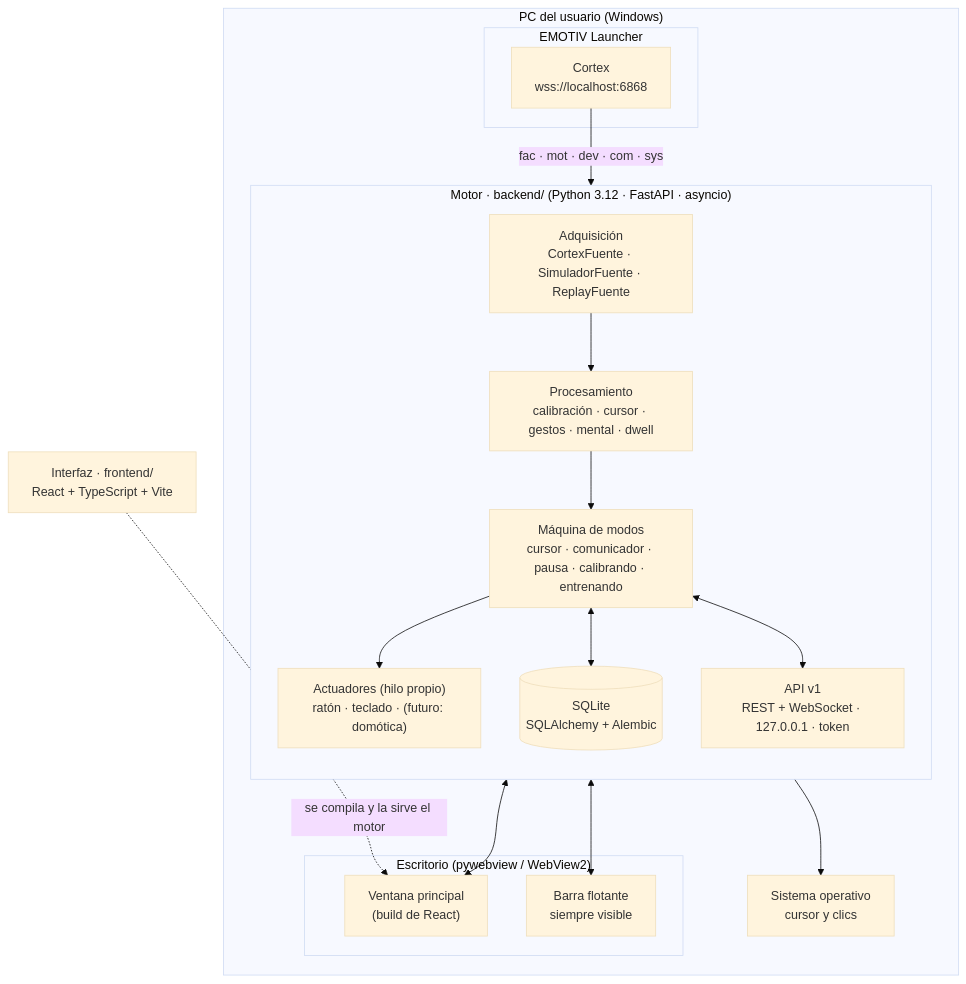
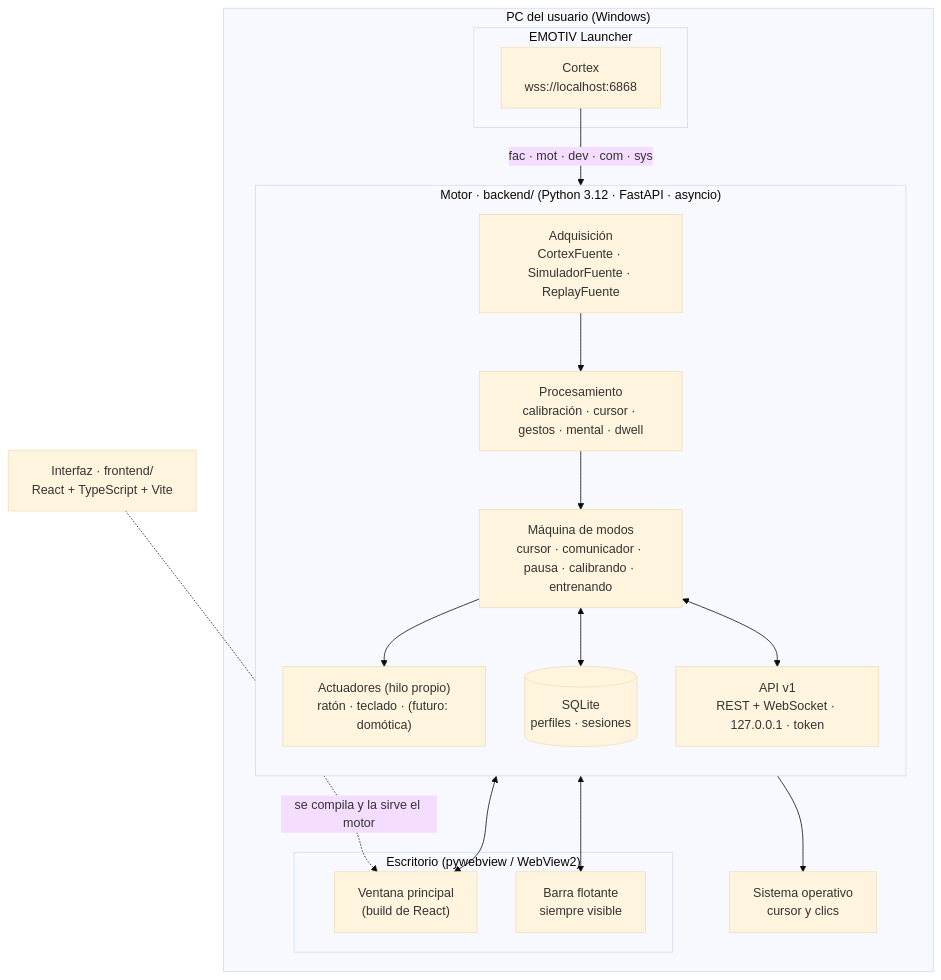
Before and after one commit to SantiagoMarquez06/neuroacceso: the first of 2 diagrams in docs/arquitectura-sistema.md, drawn with Mermaid (base theme). The commit also changed other lines of this file and 39 other files, not shown here.

````diff
--- a/docs/arquitectura-sistema.md
+++ b/docs/arquitectura-sistema.md
@@ -18,29 +18,29 @@
 ```mermaid
 flowchart TB
     subgraph PC["PC del usuario (Windows)"]
         subgraph L["EMOTIV Launcher"]
             CX["Cortex<br/>wss://localhost:6868"]
         end
         subgraph BE["Motor · backend/ (Python 3.12 · FastAPI · asyncio)"]
             direction TB
             FU["Adquisición<br/>CortexFuente · SimuladorFuente · ReplayFuente"]
             PR["Procesamiento<br/>calibración · cursor · gestos · mental · dwell"]
             MO["Máquina de modos<br/>cursor · comunicador · pausa · calibrando · entrenando"]
             AC["Actuadores (hilo propio)<br/>ratón · teclado · (futuro: domótica)"]
-            DB[("SQLite<br/>SQLAlchemy + Alembic")]
+            DB[("SQLite<br/>perfiles · sesiones")]
             API["API v1<br/>REST + WebSocket · 127.0.0.1 · token"]
             FU --> PR --> MO --> AC
             MO <--> DB
             MO <--> API
         end
         subgraph DK["Escritorio (pywebview / WebView2)"]
             APP["Ventana principal<br/>(build de React)"]
             BAR["Barra flotante<br/>siempre visible"]
         end
         CX -- "fac · mot · dev · com · sys" --> FU
         API <--> APP
         API <--> BAR
         AC --> SO["Sistema operativo<br/>cursor y clics"]
     end
     FE["Interfaz · frontend/<br/>React + TypeScript + Vite"] -. "se compila y la sirve el motor" .-> APP
 ```
````
